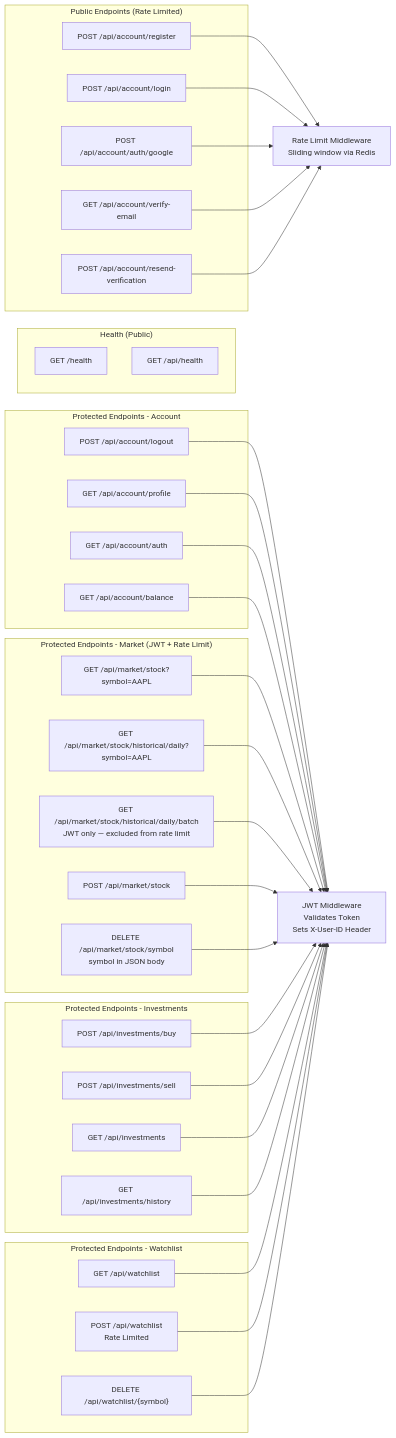
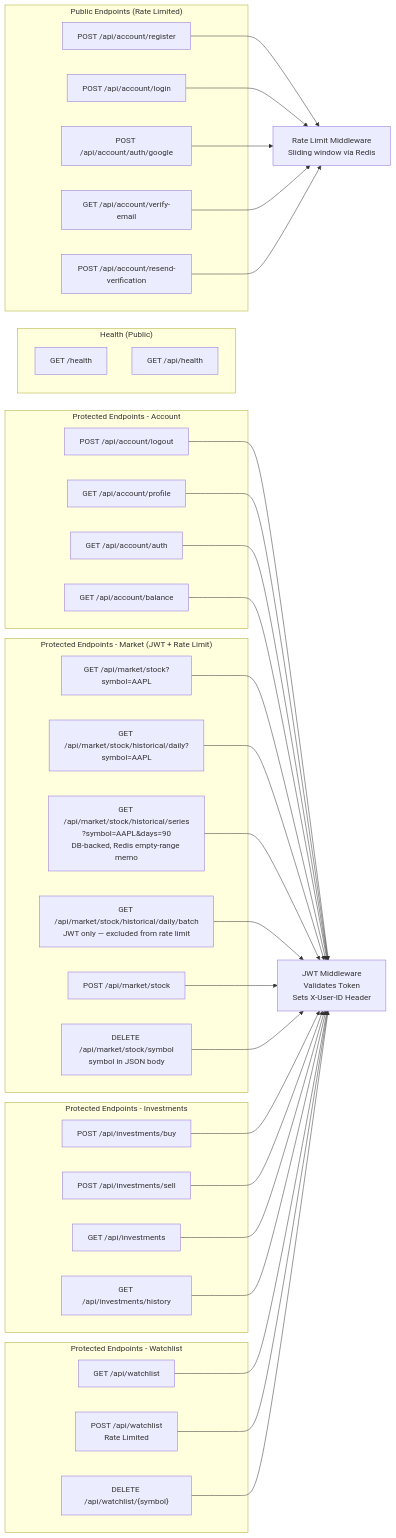
Before and after one commit to aidanjamai/PaperTrader: the fourth of 9 diagrams in docs/SYSTEMS_DIAGRAM.md, drawn with Mermaid. The commit also changed other lines of this file and 20 other files, not shown here.

Commit message:
add graphs

````diff
--- a/docs/SYSTEMS_DIAGRAM.md
+++ b/docs/SYSTEMS_DIAGRAM.md
@@ -269,68 +292,70 @@
 ```mermaid
 graph LR
     subgraph "Health (Public)"
         Health[GET /health]
         ApiHealth[GET /api/health]
     end
 
     subgraph "Public Endpoints (Rate Limited)"
         Register[POST /api/account/register]
         Login[POST /api/account/login]
         GoogleLogin[POST /api/account/auth/google]
         VerifyEmail[GET /api/account/verify-email]
         ResendVerify[POST /api/account/resend-verification]
     end
 
     subgraph "Protected Endpoints - Account"
         Logout[POST /api/account/logout]
         Profile[GET /api/account/profile]
         AuthCheck[GET /api/account/auth]
         Balance[GET /api/account/balance]
     end
 
     subgraph "Protected Endpoints - Market (JWT + Rate Limit)"
         GetStock[GET /api/market/stock?symbol=AAPL]
         Historical[GET /api/market/stock/historical/daily?symbol=AAPL]
+        Series[GET /api/market/stock/historical/series<br/>?symbol=AAPL&days=90<br/>DB-backed, Redis empty-range memo]
         BatchHistorical[GET /api/market/stock/historical/daily/batch<br/>JWT only — excluded from rate limit]
         PostStock[POST /api/market/stock]
         DeleteStock[DELETE /api/market/stock/symbol<br/>symbol in JSON body]
     end
 
     subgraph "Protected Endpoints - Investments"
         BuyStock[POST /api/investments/buy]
         SellStock[POST /api/investments/sell]
         GetStocks[GET /api/investments]
         TradeHistory[GET /api/investments/history]
     end
 
     subgraph "Protected Endpoints - Watchlist"
         ListWatch[GET /api/watchlist]
         AddWatch[POST /api/watchlist<br/>Rate Limited]
         RemoveWatch["DELETE /api/watchlist/{symbol}"]
     end
 
     Register --> RL
     Login --> RL
     GoogleLogin --> RL
     VerifyEmail --> RL
     ResendVerify --> RL
     Logout --> JWT
     Profile --> JWT
     AuthCheck --> JWT
     Balance --> JWT
     GetStock --> JWT
     Historical --> JWT
+    Series --> JWT
     BatchHistorical --> JWT
     PostStock --> JWT
     DeleteStock --> JWT
     BuyStock --> JWT
     SellStock --> JWT
     GetStocks --> JWT
     TradeHistory --> JWT
     ListWatch --> JWT
     AddWatch --> JWT
     RemoveWatch --> JWT
 
     JWT[JWT Middleware<br/>Validates Token<br/>Sets X-User-ID Header]
     RL[Rate Limit Middleware<br/>Sliding window via Redis]
 ```
````
